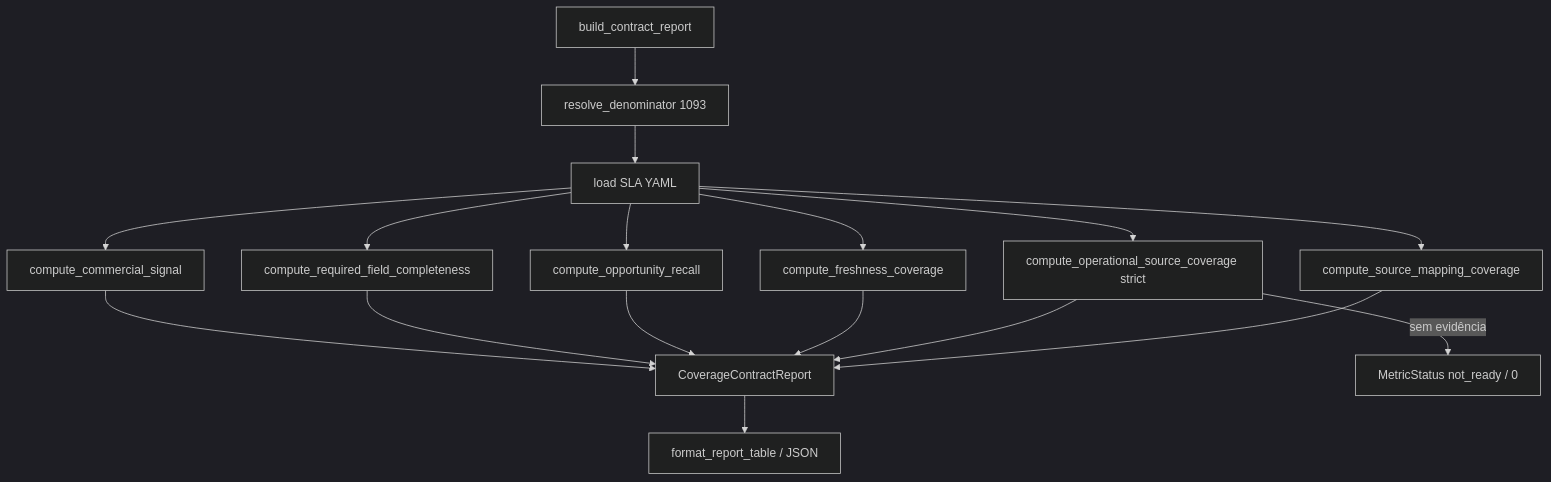
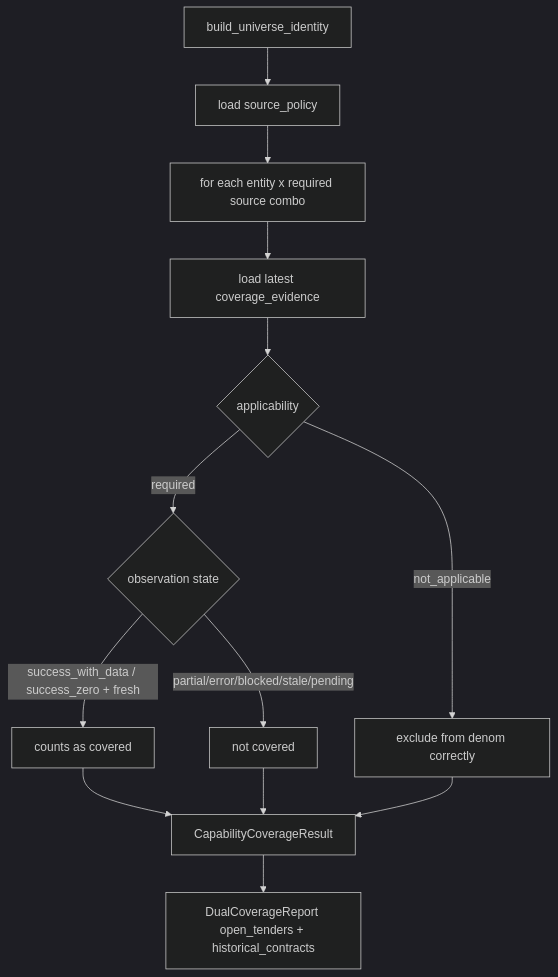
The first of 3 diagrams in _reversa_sdd/flowcharts/coverage.md (tjsasakifln/extra-cli), drawn with Mermaid (dark theme) before and after one commit. The commit also changed other lines of this file and 41 other files, not shown here.

````diff
--- a/_reversa_sdd/flowcharts/coverage.md
+++ b/_reversa_sdd/flowcharts/coverage.md
@@ -7,19 +7,15 @@
 ```mermaid
 flowchart TD
-    A[build_contract_report] --> B[resolve_denominator 1093]
-    B --> C[load SLA YAML]
-    C --> D[compute_source_mapping_coverage]
-    C --> E[compute_operational_source_coverage strict]
-    C --> F[compute_freshness_coverage]
-    C --> G[compute_opportunity_recall]
-    C --> H[compute_required_field_completeness]
-    C --> I[compute_commercial_signal]
-    D --> J[CoverageContractReport]
-    E --> J
-    F --> J
-    G --> J
-    H --> J
-    I --> J
-    J --> K[format_report_table / JSON]
-    E -->|sem evidência| L[MetricStatus not_ready / 0]
+  A[build_universe_identity] --> B[load source_policy]
+  B --> C[for each entity x required source combo]
+  C --> D[load latest coverage_evidence]
+  D --> E{applicability}
+  E -->|not_applicable| N[exclude from denom correctly]
+  E -->|required| F{observation state}
+  F -->|success_with_data / success_zero + fresh| G[counts as covered]
+  F -->|partial/error/blocked/stale/pending| H[not covered]
+  G --> I[CapabilityCoverageResult]
+  H --> I
+  N --> I
+  I --> J[DualCoverageReport open_tenders + historical_contracts]
 ```
````
